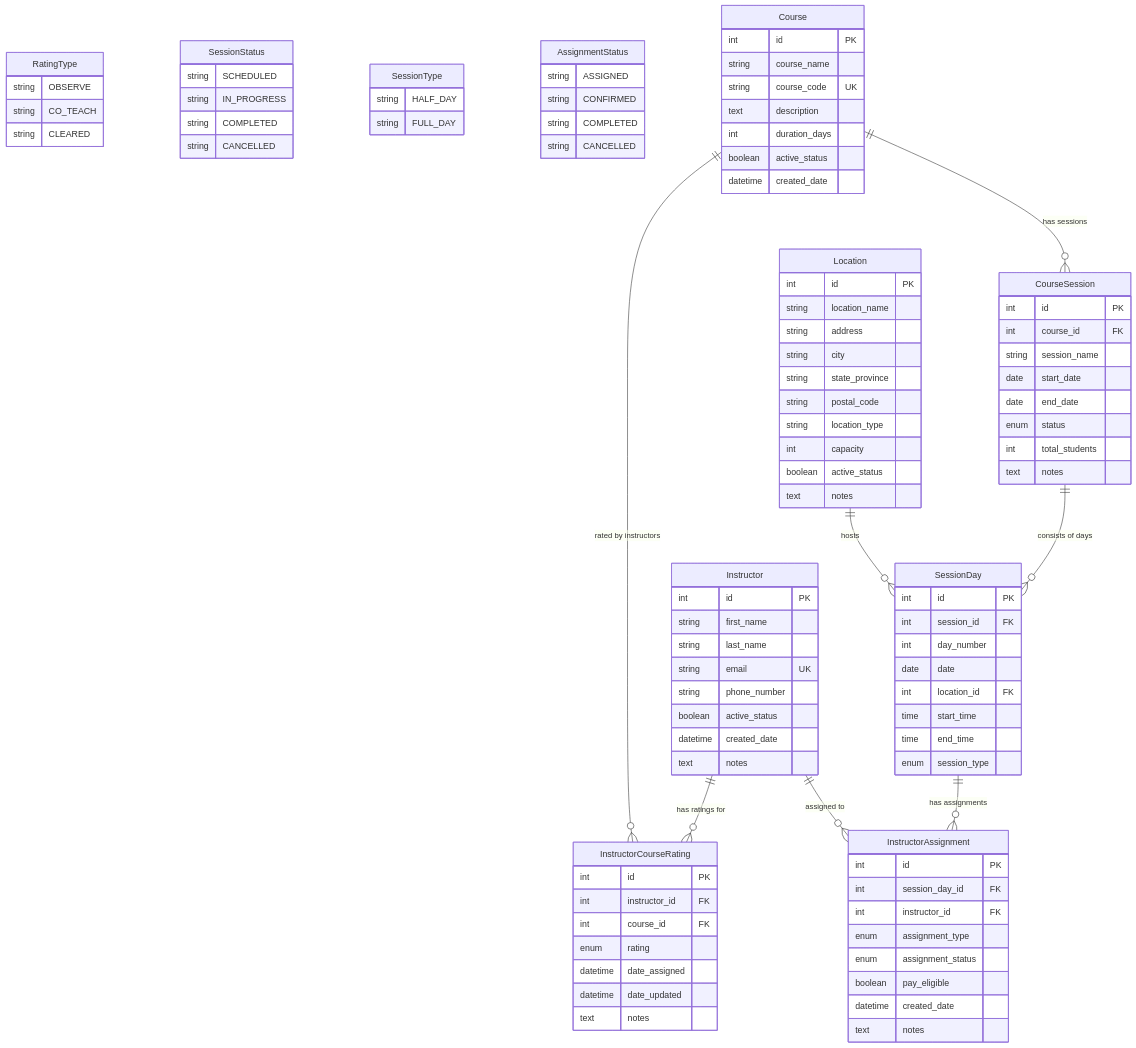
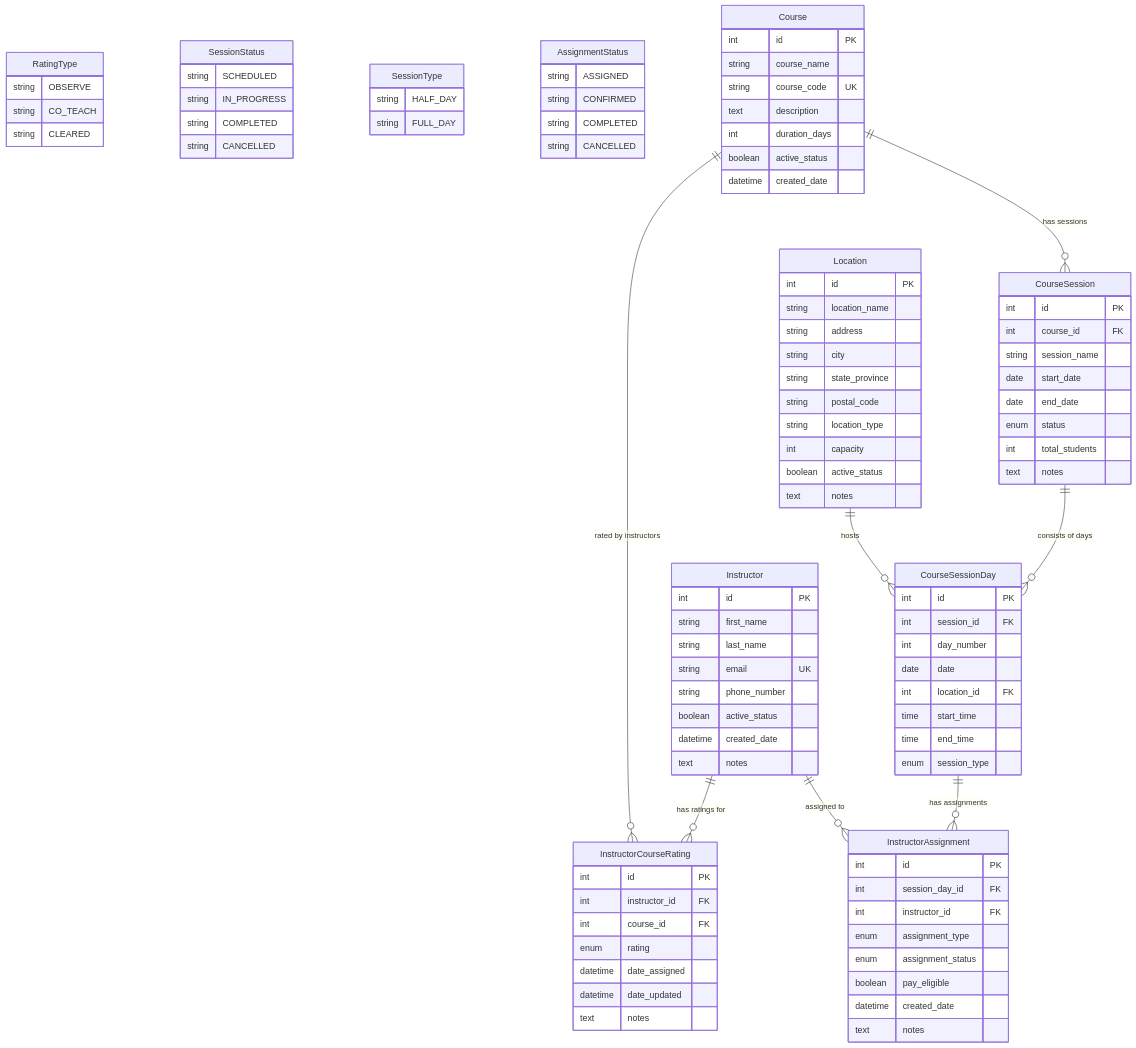
One commit to ericstephens/scheduler changed the diagram in src/database/models_erd.mmd. Above: the diagram before and after it, drawn with Mermaid. The commit also changed 11 other files, not shown here.

Commit message:
rename SessionDay to CourseSessionDay and other cleanup of dead fields

```diff
--- a/src/database/models_erd.mmd
+++ b/src/database/models_erd.mmd
@@ -1,116 +1,116 @@
 erDiagram
     %% Enums
     RatingType {
         string OBSERVE
         string CO_TEACH
         string CLEARED
     }
     
     SessionStatus {
         string SCHEDULED
         string IN_PROGRESS
         string COMPLETED
         string CANCELLED
     }
     
     SessionType {
         string HALF_DAY
         string FULL_DAY
     }
     
     AssignmentStatus {
         string ASSIGNED
         string CONFIRMED
         string COMPLETED
         string CANCELLED
     }
 
     %% Main Entities
     Instructor {
         int id PK
         string first_name
         string last_name
         string email UK
         string phone_number
         boolean active_status
         datetime created_date
         text notes
     }
 
     Course {
         int id PK
         string course_name
         string course_code UK
         text description
         int duration_days
         boolean active_status
         datetime created_date
     }
 
     Location {
         int id PK
         string location_name
         string address
         string city
         string state_province
         string postal_code
         string location_type
         int capacity
         boolean active_status
         text notes
     }
 
     InstructorCourseRating {
         int id PK
         int instructor_id FK
         int course_id FK
         enum rating
         datetime date_assigned
         datetime date_updated
         text notes
     }
 
     CourseSession {
         int id PK
         int course_id FK
         string session_name
         date start_date
         date end_date
         enum status
         int total_students
         text notes
     }
 
-    SessionDay {
+    CourseSessionDay {
         int id PK
         int session_id FK
         int day_number
         date date
         int location_id FK
         time start_time
         time end_time
         enum session_type
     }
 
     InstructorAssignment {
         int id PK
         int session_day_id FK
         int instructor_id FK
         enum assignment_type
         enum assignment_status
         boolean pay_eligible
         datetime created_date
         text notes
     }
 
     %% Relationships
     Instructor ||--o{ InstructorCourseRating : "has ratings for"
     Course ||--o{ InstructorCourseRating : "rated by instructors"
     
     Course ||--o{ CourseSession : "has sessions"
     
-    CourseSession ||--o{ SessionDay : "consists of days"
-    Location ||--o{ SessionDay : "hosts"
+    CourseSession ||--o{ CourseSessionDay : "consists of days"
+    Location ||--o{ CourseSessionDay : "hosts"
     
-    SessionDay ||--o{ InstructorAssignment : "has assignments"
+    CourseSessionDay ||--o{ InstructorAssignment : "has assignments"
     Instructor ||--o{ InstructorAssignment : "assigned to"
```
